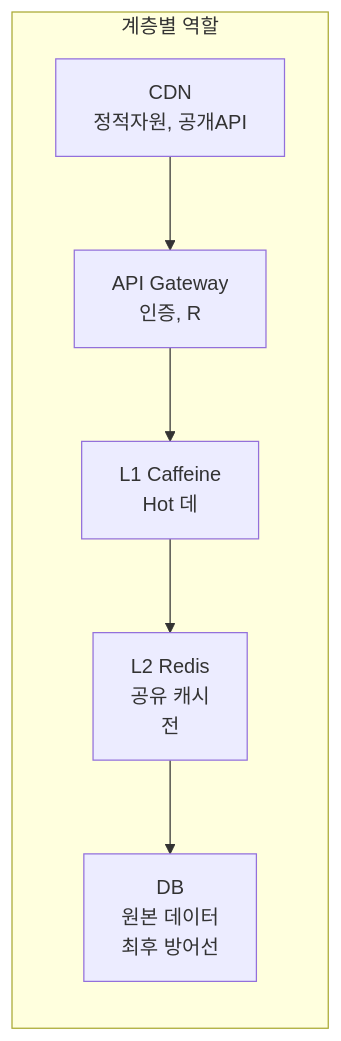
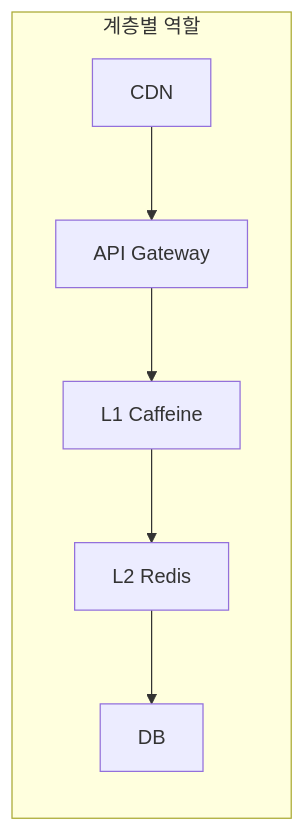
The eighth of 8 diagrams in _posts/caching/2026-05-03-multi-layer-caching.md (yjkim2015/yjkim2015.github.io), drawn with Mermaid before and after one commit. The commit also changed other lines of this file and 217 other files, not shown here.

First line of the commit message:
Mermaid 크기 수정: useMaxWidth:true + SVG max-width:100% + 라벨 축소

````diff
--- a/_posts/caching/2026-05-03-multi-layer-caching.md
+++ b/_posts/caching/2026-05-03-multi-layer-caching.md
@@ -712,11 +712,11 @@
 ```mermaid
 graph LR
     subgraph "계층별 역할"
-        CDN["CDN\n정적자원, 공개API\n"]
-        GW["API Gateway\n인증, R"]
-        L1["L1 Caffeine\nHot 데"]
-        L2["L2 Redis\n공유 캐시\n전"]
-        DB["DB\n원본 데이터\n최후 방어선"]
+        CDN["CDN"]
+        GW["API Gateway"]
+        L1["L1 Caffeine"]
+        L2["L2 Redis"]
+        DB["DB"]
     end
     CDN --> GW --> L1 --> L2 --> DB
 ```
````
